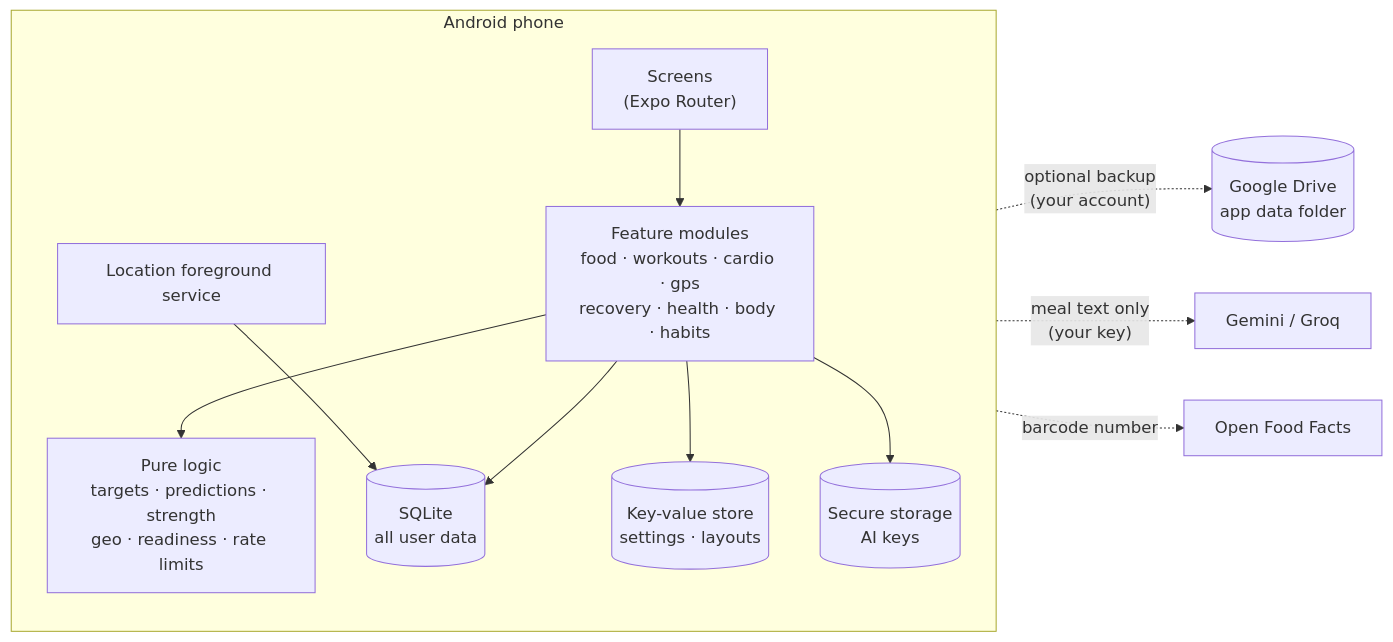
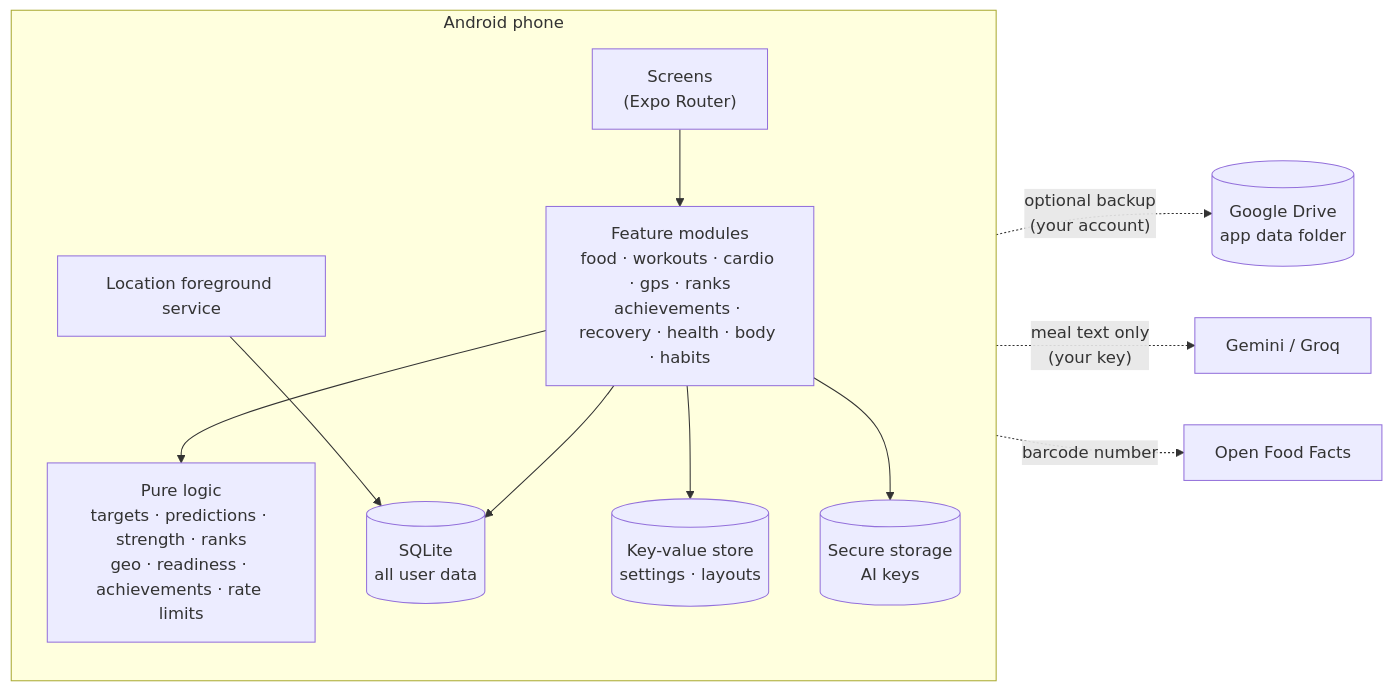
Before and after one commit to tfthushaar/metakai: the diagram in README.md, drawn with Mermaid. The commit also changed other lines of this file and 28 other files, not shown here.

````diff
--- a/README.md
+++ b/README.md
@@ -76,16 +86,16 @@
 ```mermaid
 flowchart LR
   subgraph Phone["Android phone"]
     direction TB
-    UI["Screens<br/>(Expo Router)"] --> Modules["Feature modules<br/>food · workouts · cardio · gps<br/>recovery · health · body · habits"]
-    Modules --> Lib["Pure logic<br/>targets · predictions · strength<br/>geo · readiness · rate limits"]
+    UI["Screens<br/>(Expo Router)"] --> Modules["Feature modules<br/>food · workouts · cardio · gps · ranks<br/>achievements · recovery · health · body · habits"]
+    Modules --> Lib["Pure logic<br/>targets · predictions · strength · ranks<br/>geo · readiness · achievements · rate limits"]
     Modules --> DB[("SQLite<br/>all user data")]
     Modules --> KV[("Key-value store<br/>settings · layouts")]
     Modules --> Secure[("Secure storage<br/>AI keys")]
     GPS["Location foreground service"] --> DB
   end
 
   DB -. "optional backup<br/>(your account)" .-> Drive[("Google Drive<br/>app data folder")]
   Modules -. "meal text only<br/>(your key)" .-> AI["Gemini / Groq"]
   Modules -. "barcode number" .-> OFF["Open Food Facts"]
 ```
````
